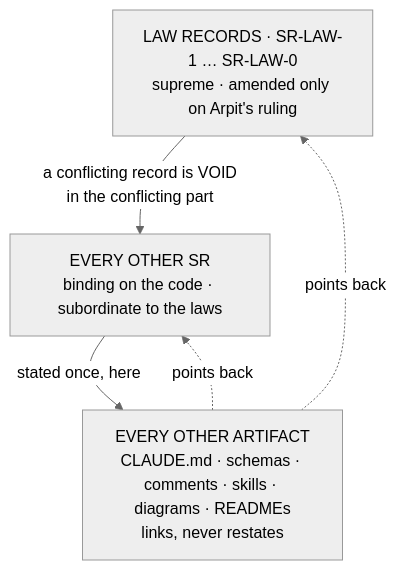
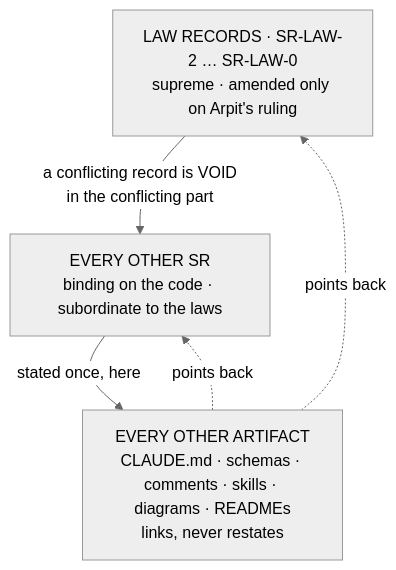
Before and after one commit to arpitarya/fux: the diagram in records/0002_LAW-0-authority.md, drawn with Mermaid (neutral theme). The commit also changed other lines of this file and 351 other files, not shown here.

````diff
--- a/records/0002_LAW-0-authority.md
+++ b/records/0002_LAW-0-authority.md
@@ -49,10 +49,10 @@
 ```mermaid
 flowchart TB
-  L["LAW RECORDS · SR-LAW-1 … SR-LAW-0<br/>supreme · amended only on Arpit's ruling"]
+  L["LAW RECORDS · SR-LAW-2 … SR-LAW-0<br/>supreme · amended only on Arpit's ruling"]
   A["EVERY OTHER SR<br/>binding on the code · subordinate to the laws"]
   P["EVERY OTHER ARTIFACT<br/>CLAUDE.md · schemas · comments · skills · diagrams · READMEs<br/>links, never restates"]
   L -->|"a conflicting record is VOID<br/>in the conflicting part"| A
   A -->|"stated once, here"| P
   P -.->|"points back"| A
   P -.->|"points back"| L
 ```
````
